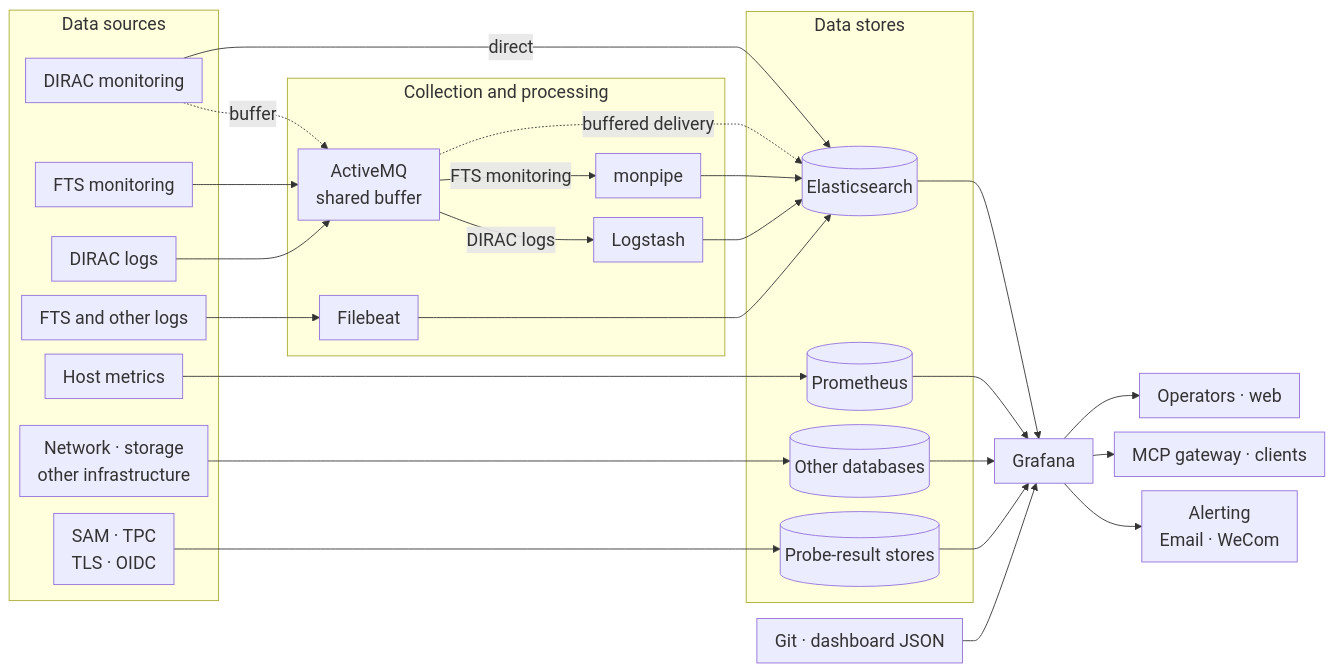
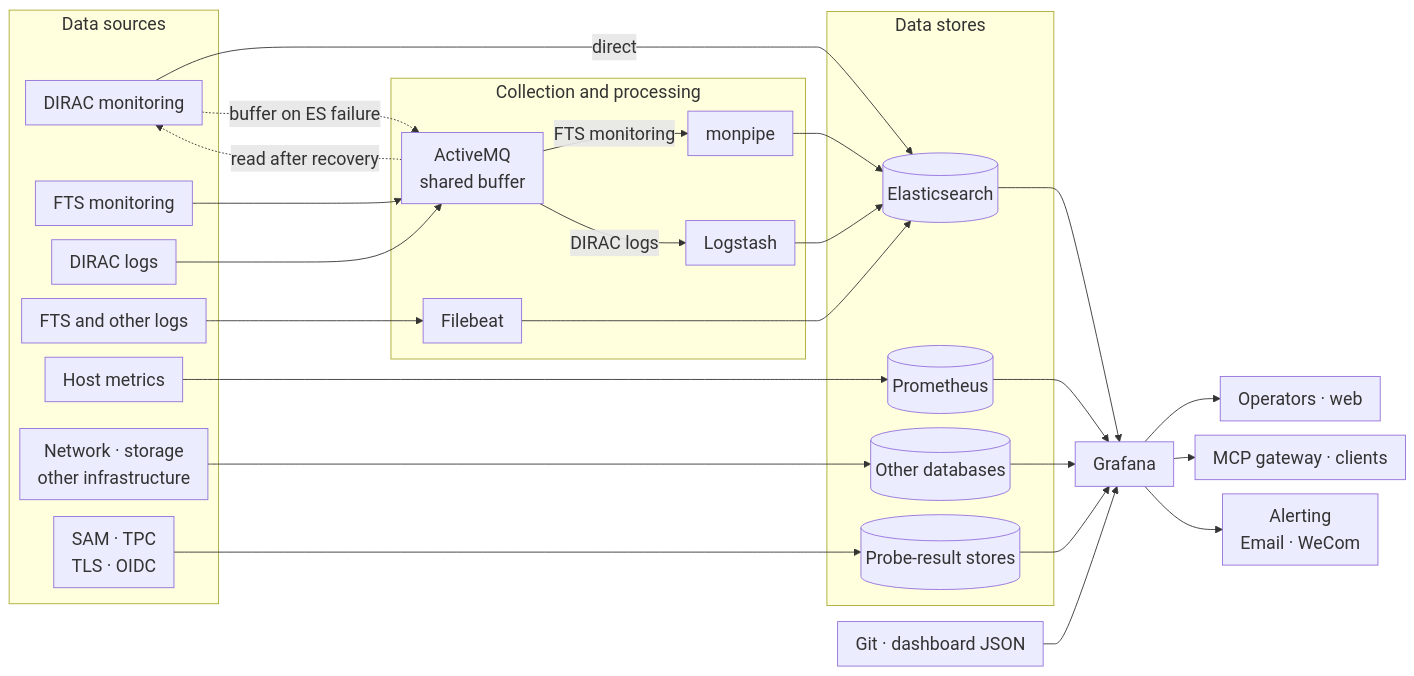
Before and after one commit to hanx-hep/2026-cepc-dci: the first of 5 diagrams in slides.md, drawn with Mermaid. The commit also changed other lines of this file, not shown here.

Commit message:
fix: show DIRAC consuming its MQ buffer after ES recovery

````diff
--- a/slides.md
+++ b/slides.md
@@ -83,44 +83,44 @@
 ```mermaid {scale: 0.50}
 %%{init: {"themeVariables": {"fontSize": "20px"}, "flowchart": {"nodeSpacing": 16, "rankSpacing": 24, "padding": 10}}}%%
 flowchart LR
     subgraph S[Data sources]
         D[DIRAC monitoring]
         F[FTS monitoring]
         DL[DIRAC logs]
         FL[FTS and other logs]
         H[Host metrics]
         N[Network · storage<br/>other infrastructure]
         P[SAM · TPC<br/>TLS · OIDC]
     end
     subgraph T[Collection and processing]
         MQ[ActiveMQ<br/>shared buffer]
         MP[monpipe]
         LS[Logstash]
         FB[Filebeat]
     end
     subgraph B[Data stores]
         ES[(Elasticsearch)]
         PR[(Prometheus)]
         DB[(Other databases)]
         PD[(Probe-result stores)]
     end
     D -->|direct| ES
-    D -. buffer .-> MQ
-    MQ -. buffered delivery .-> ES
+    D -. buffer on ES failure .-> MQ
+    MQ -. read after recovery .-> D
     F --> MQ
     DL --> MQ
     MQ -->|FTS monitoring| MP --> ES
     MQ -->|DIRAC logs| LS --> ES
     FL --> FB --> ES
     H --> PR
     N --> DB
     P --> PD
     ES --> G[Grafana]
     PR --> G
     DB --> G
     PD --> G
     J[Git · dashboard JSON] --> G
     G --> O[Operators · web]
     G --> C[MCP gateway · clients]
     G --> A[Alerting<br/>Email · WeCom]
 ```
````
